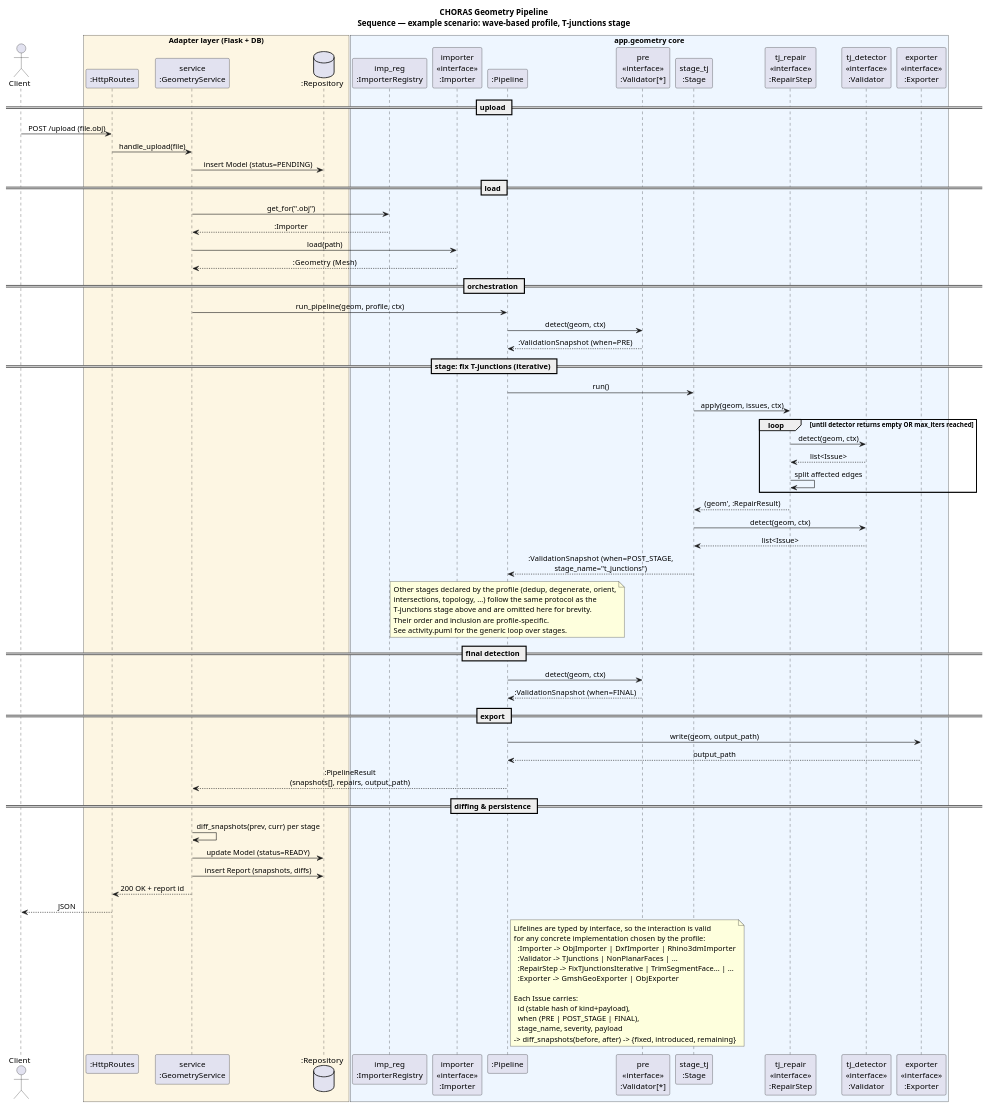
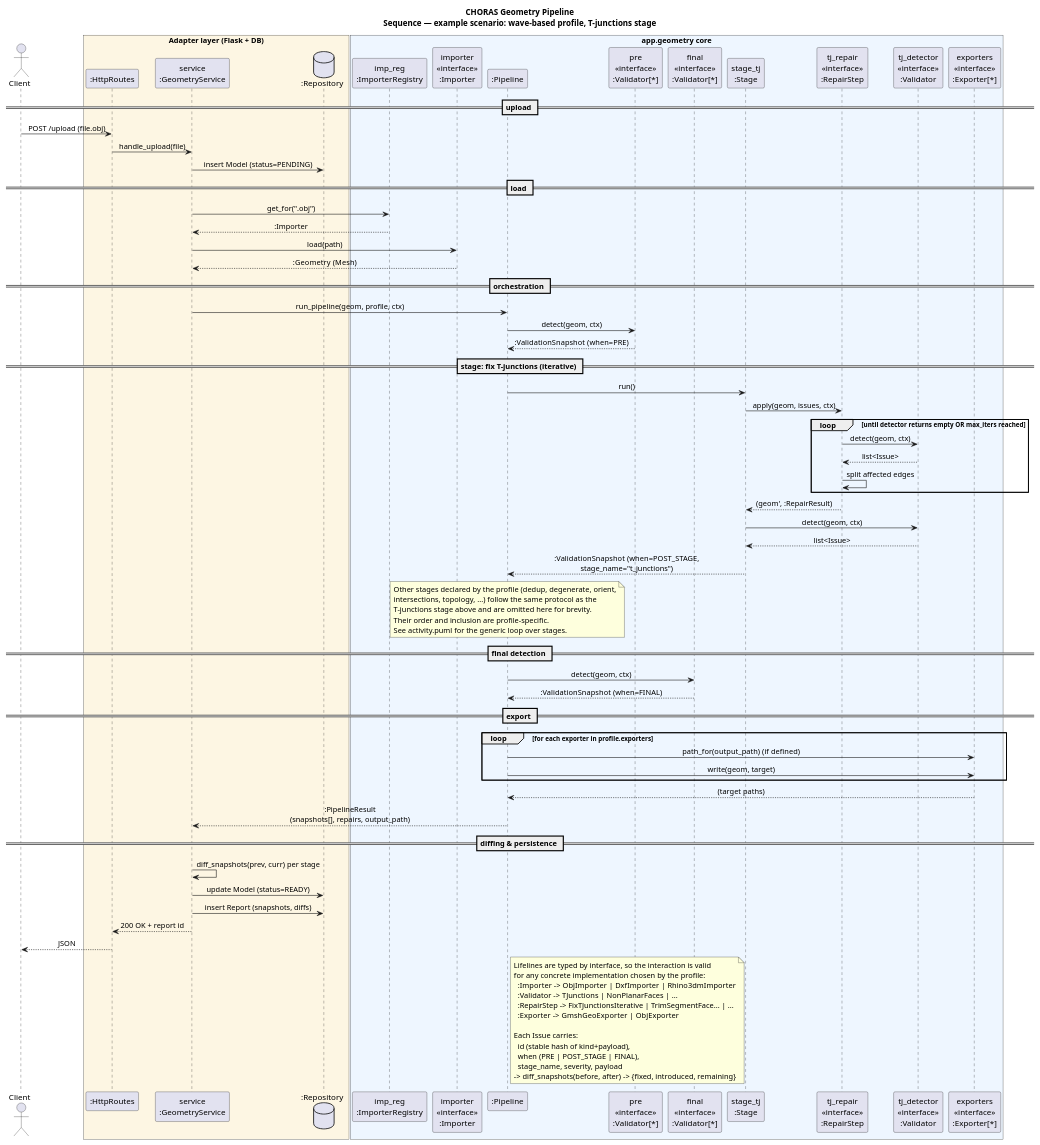
Before and after one commit to dhimashary/choras-backend: the diagram in docs/architecture/diagrams/sequence.puml, drawn with PlantUML. The commit also changed 3 other files, not shown here.

```diff
--- a/docs/architecture/diagrams/sequence.puml
+++ b/docs/architecture/diagrams/sequence.puml
@@ -1,112 +1,116 @@
 @startuml sequence
 title CHORAS Geometry Pipeline\nSequence — example scenario: wave-based profile, T-junctions stage
 
 skinparam shadowing false
 skinparam sequenceMessageAlign center
 
 ' --------------------------------------------------------------------------
 ' Scope of this diagram
 ' --------------------------------------------------------------------------
 ' This is ONE concrete scenario chosen because the T-junctions stage is the
 ' most interesting case (iterative repair with an injected detector).
 ' Lifelines are typed by their INTERFACE («interface» stereotype) so the
 ' protocol shown here applies to any RepairStep / Validator / Exporter the
 ' profile happens to plug in.
 '
 ' For the GENERAL control flow (loop over all stages, fail-fast, FINAL
 ' detection, conditional export), see activity.puml — that diagram is the
 ' generic view; this one is the worked example.
 ' --------------------------------------------------------------------------
 
 actor Client
 
 box "Adapter layer (Flask + DB)" #FDF6E3
   participant ":HttpRoutes"                          as Routes
   participant "service\n:GeometryService"            as Service
   database    ":Repository"                          as DB
 end box
 
 box "app.geometry core" #EEF6FF
   participant "imp_reg\n:ImporterRegistry"           as ImpReg
   participant "importer\n«interface»\n:Importer"     as Imp
   participant ":Pipeline"                            as Pipe
   participant "pre\n«interface»\n:Validator[*]"      as PreV
+  participant "final\n«interface»\n:Validator[*]"    as FinalV
   participant "stage_tj\n:Stage"                     as STJ
   participant "tj_repair\n«interface»\n:RepairStep"  as FixTJ
   participant "tj_detector\n«interface»\n:Validator" as VTJ
-  participant "exporter\n«interface»\n:Exporter"     as Exp
+  participant "exporters\n«interface»\n:Exporter[*]"  as Exp
 end box
 
 == upload ==
 Client  -> Routes  : POST /upload (file.obj)
 Routes  -> Service : handle_upload(file)
 Service -> DB      : insert Model (status=PENDING)
 
 == load ==
 Service -> ImpReg  : get_for(".obj")
 ImpReg  --> Service : :Importer
 Service -> Imp     : load(path)
 Imp     --> Service : :Geometry  (Mesh)
 
 == orchestration ==
 Service -> Pipe : run_pipeline(geom, profile, ctx)
 
 Pipe -> PreV : detect(geom, ctx)
 PreV --> Pipe : :ValidationSnapshot  (when=PRE)
 
 == stage: fix T-junctions (iterative) ==
 Pipe -> STJ   : run()
 STJ  -> FixTJ : apply(geom, issues, ctx)
 
 loop until detector returns empty OR max_iters reached
   FixTJ -> VTJ : detect(geom, ctx)
   VTJ   --> FixTJ : list<Issue>
   FixTJ -> FixTJ  : split affected edges
 end
 
 FixTJ --> STJ : (geom', :RepairResult)
 STJ  -> VTJ  : detect(geom, ctx)
 VTJ  --> STJ : list<Issue>
 STJ  --> Pipe : :ValidationSnapshot  (when=POST_STAGE,\nstage_name="t_junctions")
 
 note over Pipe
   Other stages declared by the profile (dedup, degenerate, orient,
   intersections, topology, ...) follow the same protocol as the
   T-junctions stage above and are omitted here for brevity.
   Their order and inclusion are profile-specific.
   See activity.puml for the generic loop over stages.
 end note
 
 == final detection ==
-Pipe -> PreV : detect(geom, ctx)
-PreV --> Pipe : :ValidationSnapshot  (when=FINAL)
+Pipe -> FinalV : detect(geom, ctx)
+FinalV --> Pipe : :ValidationSnapshot  (when=FINAL)
 
 == export ==
-Pipe -> Exp : write(geom, output_path)
-Exp  --> Pipe : output_path
+loop for each exporter in profile.exporters
+  Pipe -> Exp : path_for(output_path)  (if defined)
+  Pipe -> Exp : write(geom, target)
+end
+Exp --> Pipe : (target paths)
 
 Pipe --> Service : :PipelineResult\n(snapshots[], repairs, output_path)
 
 == diffing & persistence ==
 Service -> Service : diff_snapshots(prev, curr) per stage
 Service -> DB      : update Model (status=READY)
 Service -> DB      : insert Report (snapshots, diffs)
 Service --> Routes : 200 OK + report id
 Routes  --> Client : JSON
 
 note right of Pipe
   Lifelines are typed by interface, so the interaction is valid
   for any concrete implementation chosen by the profile:
     :Importer   -> ObjImporter | DxfImporter | Rhino3dmImporter
     :Validator  -> TJunctions | NonPlanarFaces | ...
     :RepairStep -> FixTJunctionsIterative | TrimSegmentFace... | ...
     :Exporter   -> GmshGeoExporter | ObjExporter
 
   Each Issue carries:
     id (stable hash of kind+payload),
     when (PRE | POST_STAGE | FINAL),
     stage_name, severity, payload
   -> diff_snapshots(before, after) -> {fixed, introduced, remaining}
 end note
 
 @enduml
```
